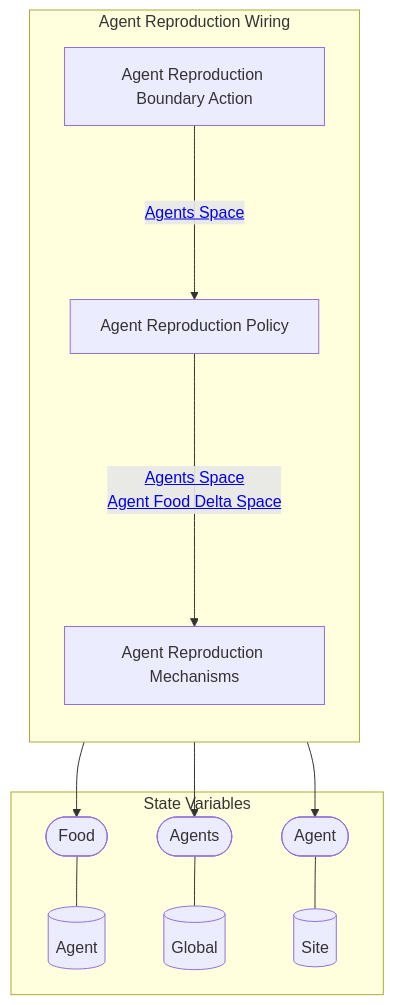
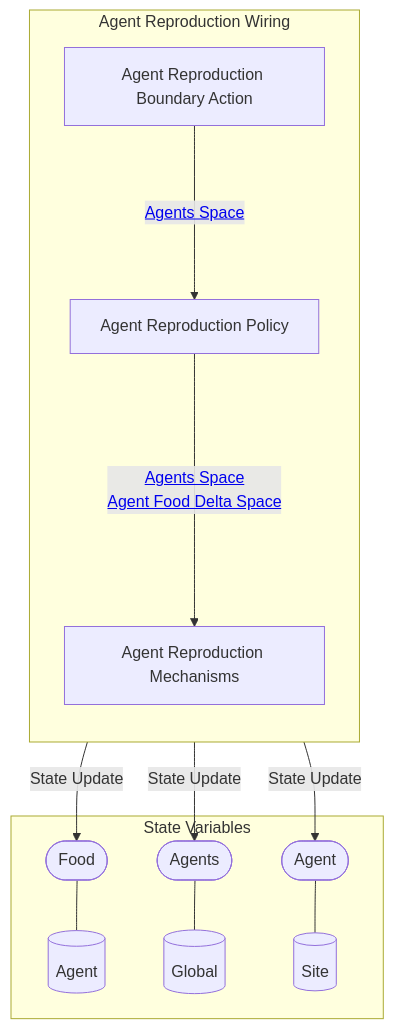
Before and after one commit to BlockScience/Predator-Prey-MSML: the first of 2 diagrams in reports/obsidian/Wiring/Agent Reproduction Wiring.md, drawn with Mermaid. The commit also changed other lines of this file and 35 other files, not shown here.

````diff
--- a/reports/obsidian/Wiring/Agent Reproduction Wiring.md
+++ b/reports/obsidian/Wiring/Agent Reproduction Wiring.md
@@ -4,35 +4,35 @@
 ```mermaid
 graph TB
 
 subgraph SVS["State Variables"]
 EE0[("Agent")]
 EE1[("Global")]
 EE2[("Site")]
 EES0(["Food"])
 EES0 --- EE0
 EES1(["Agents"])
 EES1 --- EE1
 EES2(["Agent"])
 EES2 --- EE2
 end
 
 subgraph X4["Agent Reproduction Wiring"]
 direction TB
 X1["Agent Reproduction Boundary Action"]
 X2["Agent Reproduction Policy"]
 X3["Agent Reproduction Mechanisms"]
-X3 --> EES0
-X3 --> EES1
-X3 --> EES2
+X3 --"State Update"--> EES0
+X3 --"State Update"--> EES1
+X3 --"State Update"--> EES2
 X1--"<a href='Agents Space' class=internal-link>Agents Space</a>"--->X2
 X2--"<a href='Agents Space' class=internal-link>Agents Space</a>
 <a href='Agent Food Delta Space' class=internal-link>Agent Food Delta Space</a>"---->X3
 end
 class X1 internal-link;
 class X2 internal-link;
 class X3 internal-link;
 class EE0 internal-link;
 class EE1 internal-link;
 class EE2 internal-link;
 
 ```
````
